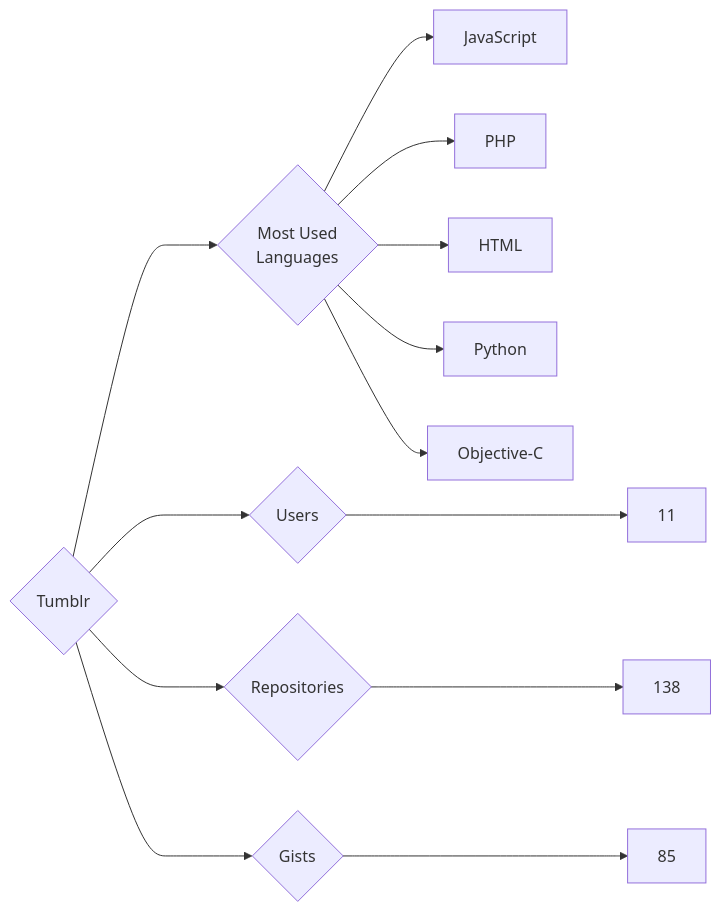
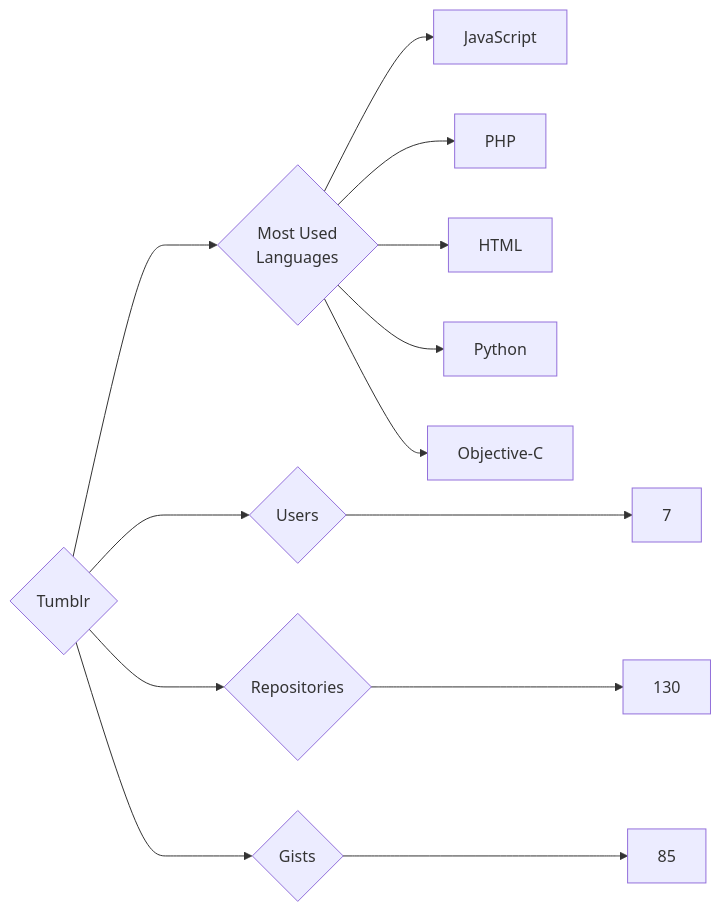
One commit to trickest/insiders changed the diagram in targets/Tumblr/README.md. Above: the diagram before and after it, drawn with Mermaid. The commit also changed 920 other files, not shown here.

````diff
--- a/targets/Tumblr/README.md
+++ b/targets/Tumblr/README.md
@@ -3,13 +3,13 @@
 ```mermaid
 graph LR
 COMPANY_NAME{Tumblr}
-COMPANY_NAME ---> U{Users} ---> UN[11]
-COMPANY_NAME ---> R{Repositories} ---> RN[138]
+COMPANY_NAME ---> U{Users} ---> UN[7]
+COMPANY_NAME ---> R{Repositories} ---> RN[130]
 COMPANY_NAME ---> G{Gists} ---> GN[85]
 COMPANY_NAME ---> ML{Most Used<br>Languages}
 ML --> JavaScript[JavaScript]
 ML --> PHP[PHP]
 ML --> HTML[HTML]
 ML --> Python[Python]
 ML --> Objective-C[Objective-C]
 ```
````
